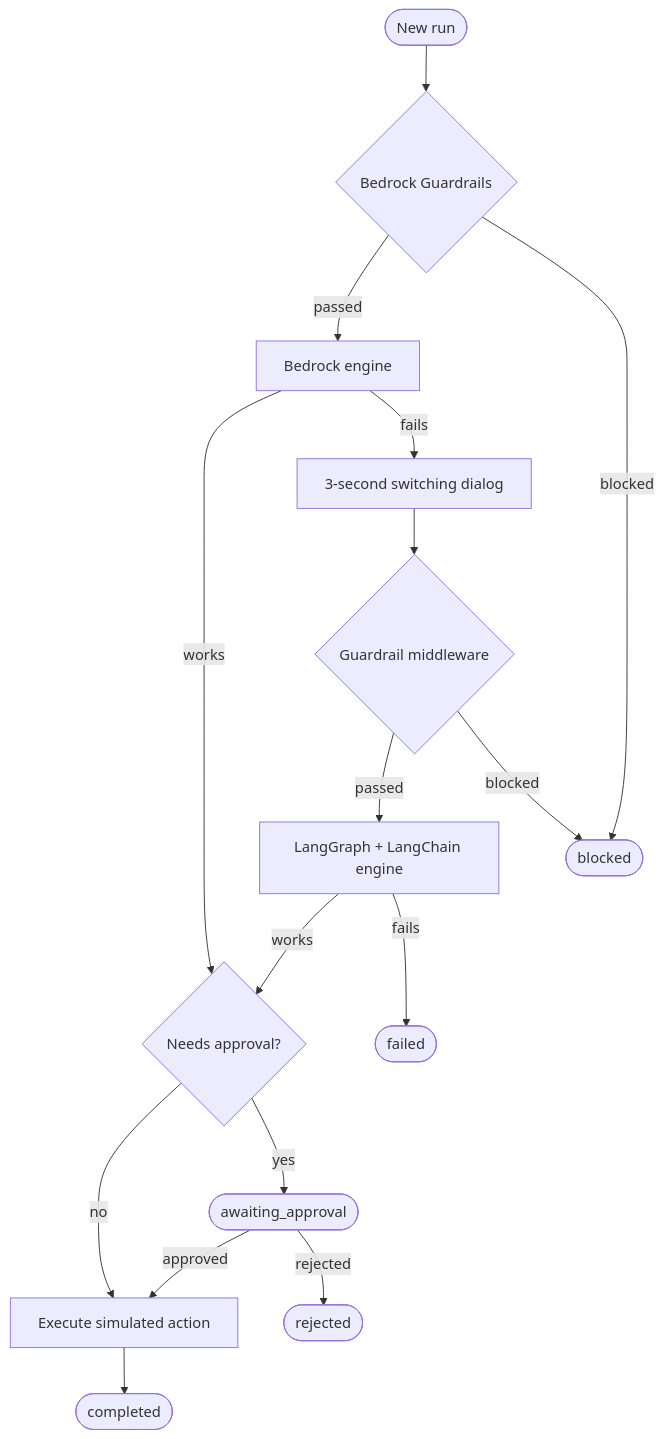
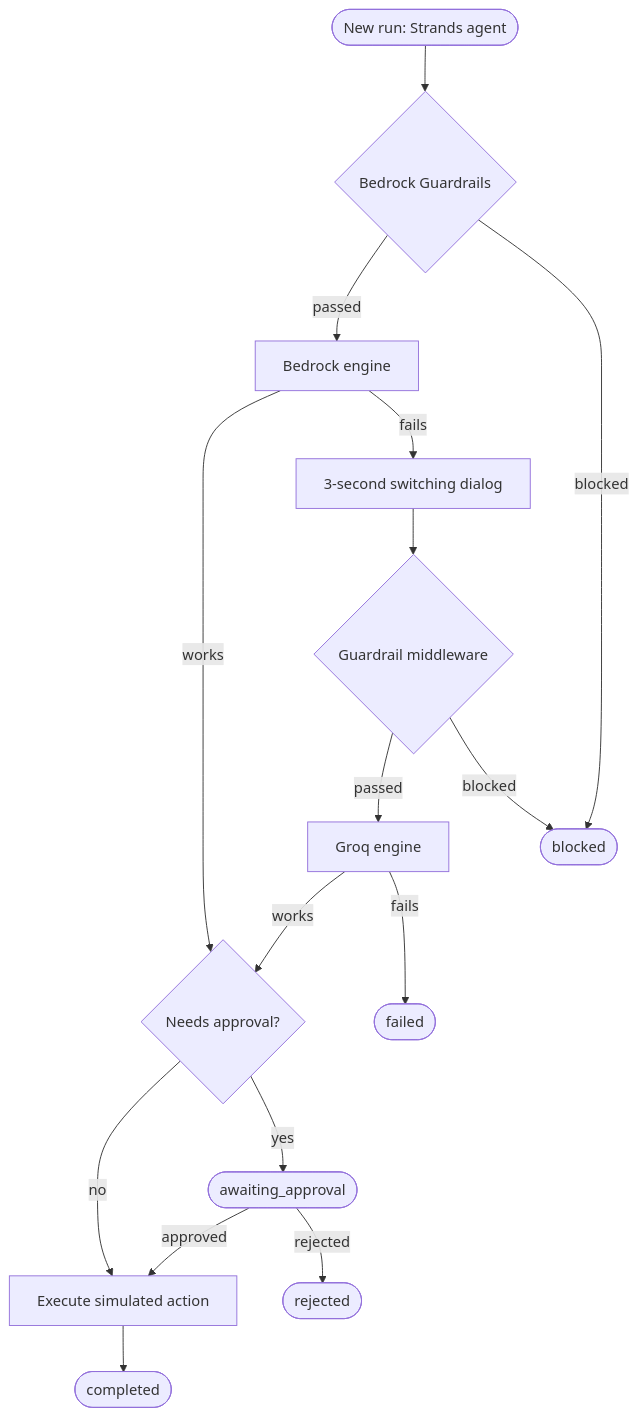
Before and after one commit to DeepakPython-AIML/ai-manager: the diagram in docs/agent-workflow.mmd, drawn with Mermaid. The commit also changed 24 other files, not shown here.

```diff
--- a/docs/agent-workflow.mmd
+++ b/docs/agent-workflow.mmd
@@ -1,16 +1,16 @@
 flowchart TD
-  S([New run]) --> BG{Bedrock Guardrails}
+  S([New run: Strands agent]) --> BG{Bedrock Guardrails}
   BG -- passed --> B[Bedrock engine]
   BG -- blocked --> K([blocked])
   B -- works --> G{Needs approval?}
   B -- fails --> M[3-second switching dialog]
   M --> LM{Guardrail middleware}
-  LM -- passed --> L[LangGraph + LangChain engine]
+  LM -- passed --> L[Groq engine]
   LM -- blocked --> K
   L -- works --> G
   L -- fails --> F([failed])
   G -- no --> E[Execute simulated action]
   G -- yes --> W([awaiting_approval])
   W -- approved --> E
   W -- rejected --> X([rejected])
   E --> D([completed])
```
